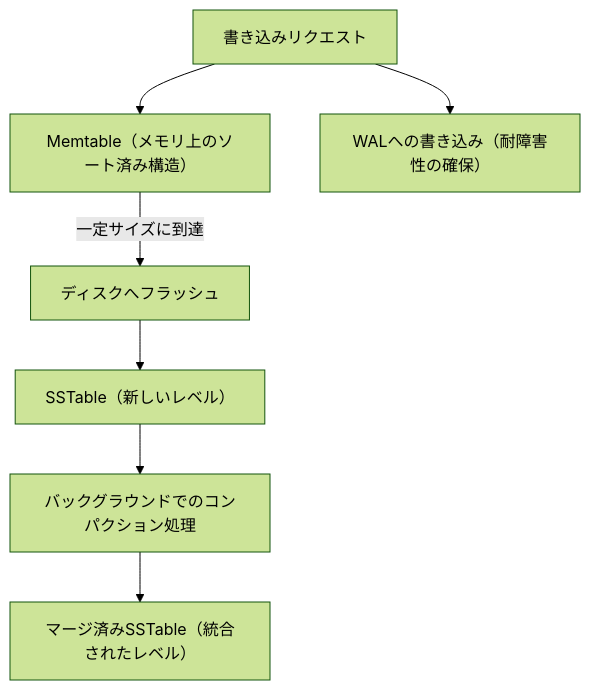
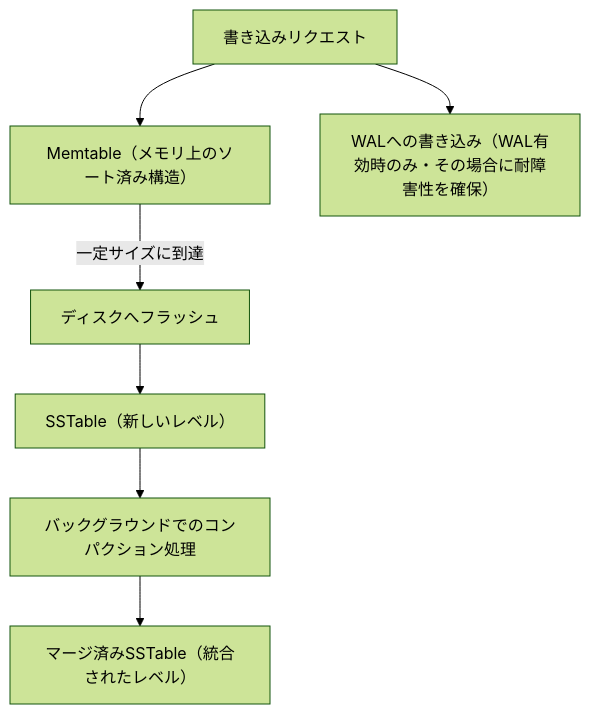
Before and after one commit to myoshi2891/Software-Design-and-Architecture: the eighth of 15 diagrams in Database-internals-guide.md, drawn with Mermaid (forest theme). The commit also changed 6 other files, not shown here.

````diff
--- a/Database-internals-guide.md
+++ b/Database-internals-guide.md
@@ -280,9 +280,9 @@
 ```mermaid
 flowchart TB
     Write["書き込みリクエスト"] --> Memtable["Memtable（メモリ上のソート済み構造）"]
-    Write --> WALog["WALへの書き込み（耐障害性の確保）"]
+    Write --> WALog["WALへの書き込み（WAL有効時のみ・その場合に耐障害性を確保）"]
     Memtable -- 一定サイズに到達 --> Flush["ディスクへフラッシュ"]
     Flush --> SSTable0["SSTable（新しいレベル）"]
     SSTable0 --> Compaction["バックグラウンドでのコンパクション処理"]
     Compaction --> SSTable1["マージ済みSSTable（統合されたレベル）"]
 ```
````
